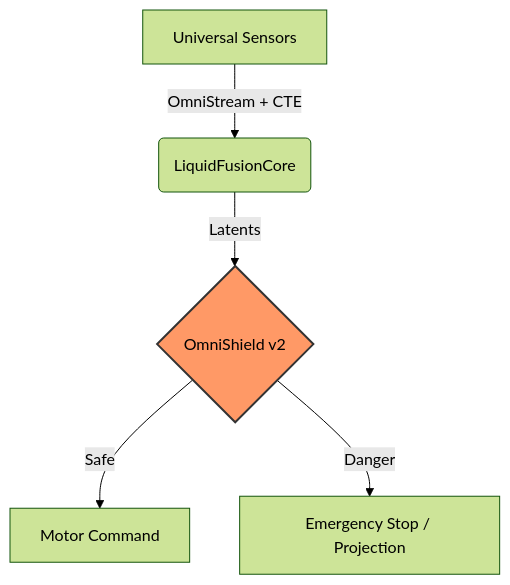
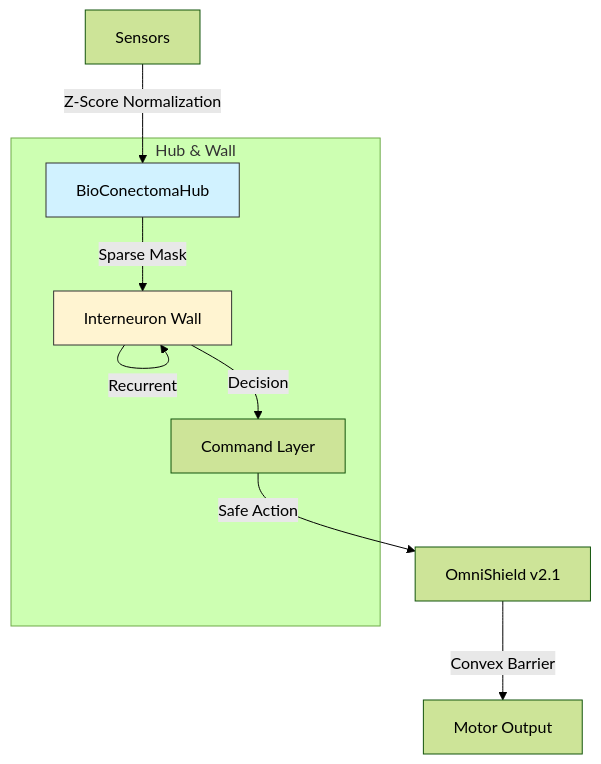
Before and after one commit to Mrmyms/Omnitrain: the diagram in README.md, drawn with Mermaid (forest theme). The commit also changed other lines of this file and 36 other files, not shown here.

Commit message:
Industrialize OmniTrain v2.1: Fix data degradation, stabilize Lagrangian training, and optimize multi-sensor fusion

````diff
--- a/README.md
+++ b/README.md
@@ -75,8 +64,13 @@
 ```mermaid
 graph TD
-    A[Universal Sensors] -->|OmniStream + CTE| B(LiquidFusionCore)
-    B -->|Latents| C{OmniShield v2}
-    C -->|Safe| D[Motor Command]
-    C -->|Danger| E[Emergency Stop / Projection]
-    style C fill:#f96,stroke:#333,stroke-width:2px
+    S1[Sensors] -->|Z-Score Normalization| H[BioConectomaHub]
+    subgraph "Hub & Wall"
+        H -->|Sparse Mask| W[Interneuron Wall]
+        W -->|Recurrent| W
+        W -->|Decision| C[Command Layer]
+    end
+    C -->|Safe Action| SG[OmniShield v2.1]
+    SG -->|Convex Barrier| M[Motor Output]
+    style H fill:#d1f2ff,stroke:#333
+    style W fill:#fff4d1,stroke:#333
 ```
````
